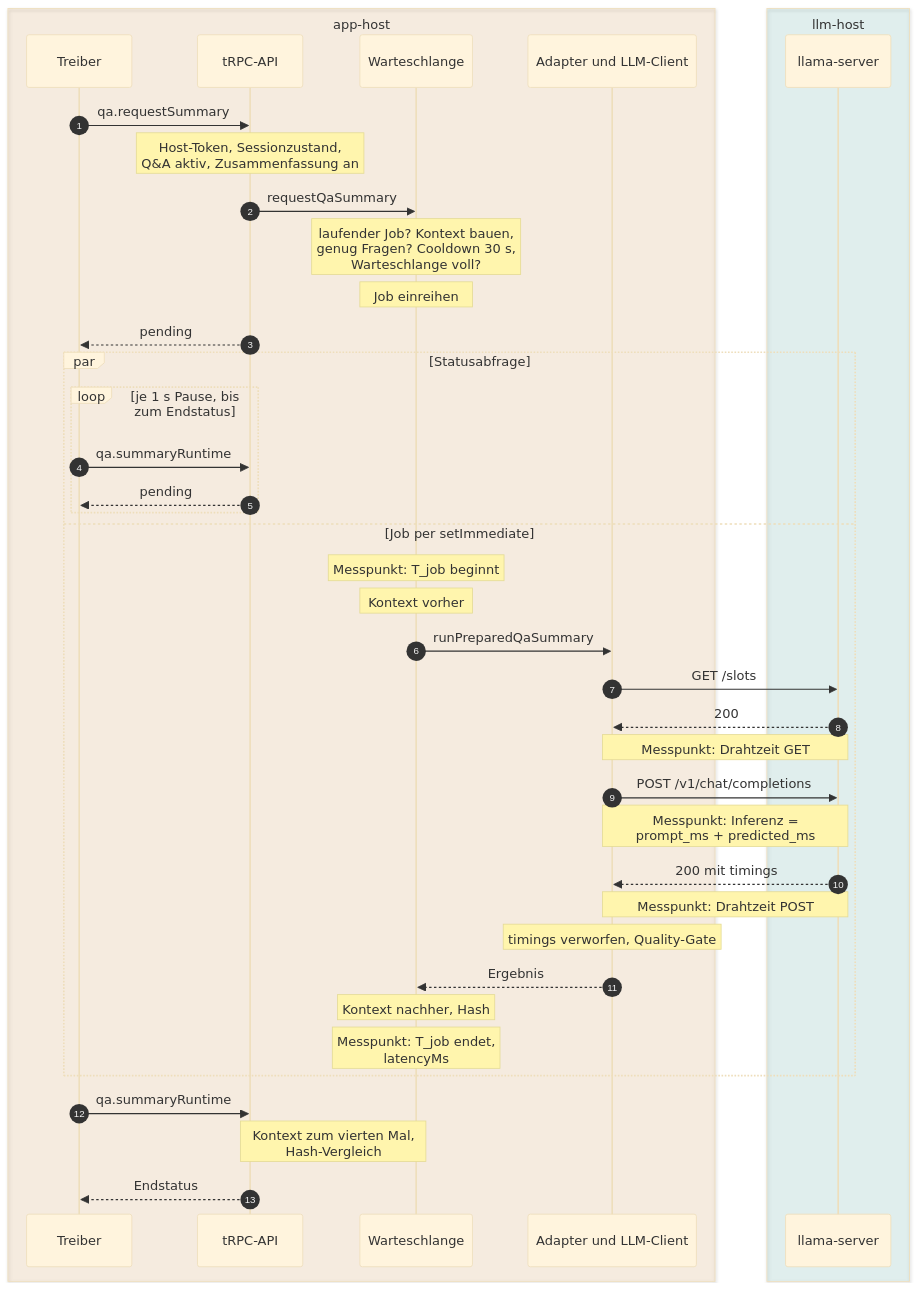
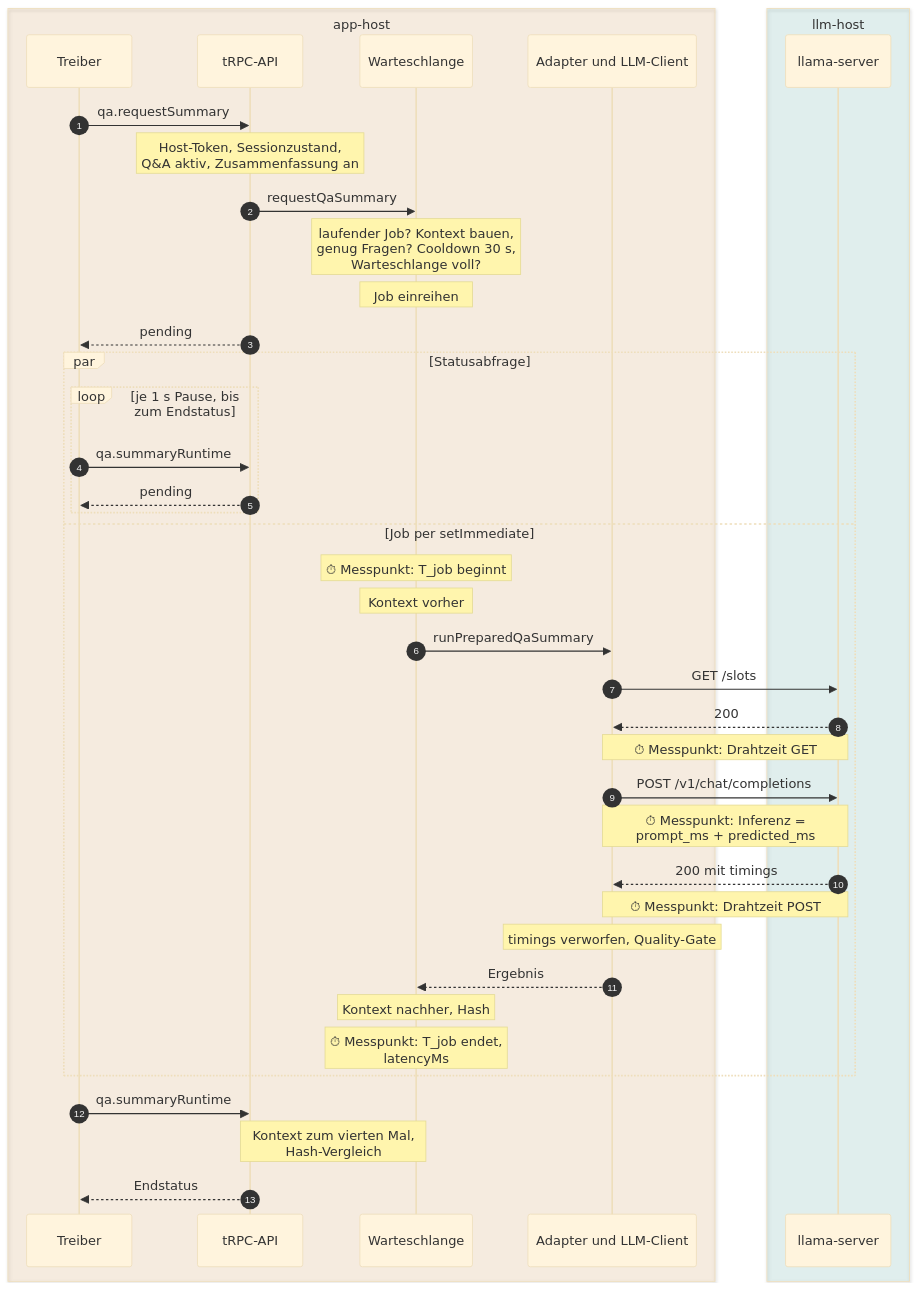
One commit to NiklasSkulll/arsnova.eu changed the diagram in docs/referat-thema-1/diagrams/1b-auftrag-sequenz.mmd. Above: the diagram before and after it, drawn with Mermaid (base theme). The commit also changed 3 other files, not shown here.

Commit message:
docs(referat): mark the 1B measuring points and size the topology figure

```diff
--- a/docs/referat-thema-1/diagrams/1b-auftrag-sequenz.mmd
+++ b/docs/referat-thema-1/diagrams/1b-auftrag-sequenz.mmd
@@ -1,51 +1,51 @@
 ---
 config:
   sequence:
     actorMargin: 24
     boxMargin: 9
     noteMargin: 6
     messageMargin: 28
     width: 130
 ---
 sequenceDiagram
   autonumber
   box rgba(217, 119, 6, 0.10) app-host
     participant T as Treiber
     participant A as tRPC-API
     participant Q as Warteschlange
     participant AD as Adapter und LLM-Client
   end
   box rgba(13, 148, 136, 0.10) llm-host
     participant L as llama-server
   end
 
   T->>A: qa.requestSummary
   Note over A: Host-Token, Sessionzustand,<br/>Q&A aktiv, Zusammenfassung an
   A->>Q: requestQaSummary
   Note over Q: laufender Job? Kontext bauen,<br/>genug Fragen? Cooldown 30 s,<br/>Warteschlange voll?
   Note over Q: Job einreihen
   A-->>T: pending
   par Statusabfrage
     loop je 1 s Pause, bis zum Endstatus
       T->>A: qa.summaryRuntime
       A-->>T: pending
     end
   and Job per setImmediate
-    Note over Q: Messpunkt: T_job beginnt
+    Note over Q: ⏱ Messpunkt: T_job beginnt
     Note over Q: Kontext vorher
     Q->>AD: runPreparedQaSummary
     AD->>L: GET /slots
     L-->>AD: 200
-    Note over AD,L: Messpunkt: Drahtzeit GET
+    Note over AD,L: ⏱ Messpunkt: Drahtzeit GET
     AD->>L: POST /v1/chat/completions
-    Note over AD,L: Messpunkt: Inferenz =<br/>prompt_ms + predicted_ms
+    Note over AD,L: ⏱ Messpunkt: Inferenz =<br/>prompt_ms + predicted_ms
     L-->>AD: 200 mit timings
-    Note over AD,L: Messpunkt: Drahtzeit POST
+    Note over AD,L: ⏱ Messpunkt: Drahtzeit POST
     Note over AD: timings verworfen, Quality-Gate
     AD-->>Q: Ergebnis
     Note over Q: Kontext nachher, Hash
-    Note over Q: Messpunkt: T_job endet,<br/>latencyMs
+    Note over Q: ⏱ Messpunkt: T_job endet,<br/>latencyMs
   end
   T->>A: qa.summaryRuntime
   Note over A,Q: Kontext zum vierten Mal,<br/>Hash-Vergleich
   A-->>T: Endstatus
```
